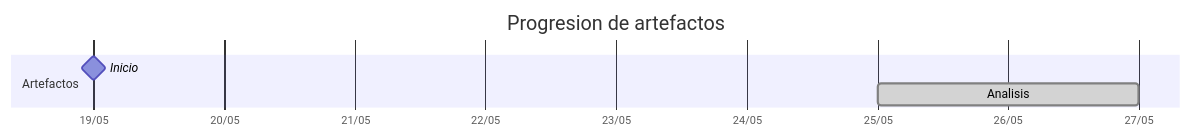
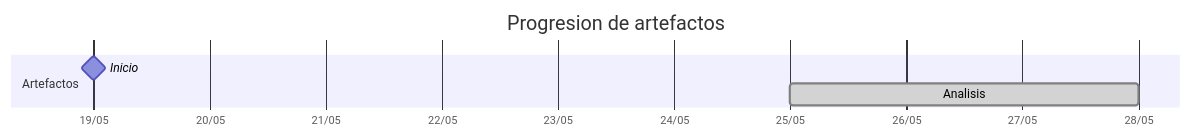
Before and after one commit to carlos-alvarado-25/25-26-idsw2-sdVC: the diagram in TIMELINES/SdeCos.md, drawn with Mermaid. The commit also changed 12 other files, not shown here.

````diff
--- a/TIMELINES/SdeCos.md
+++ b/TIMELINES/SdeCos.md
@@ -15,9 +15,9 @@
 ```mermaid
 gantt
     title Progresion de artefactos
     dateFormat YYYY-MM-DD
     axisFormat %d/%m
     section Artefactos
         Inicio       :milestone, 2026-05-19, 0d
-        Analisis     :done, 2026-05-25, 2026-05-27
+        Analisis     :done, 2026-05-25, 2026-05-28
 ```
````
